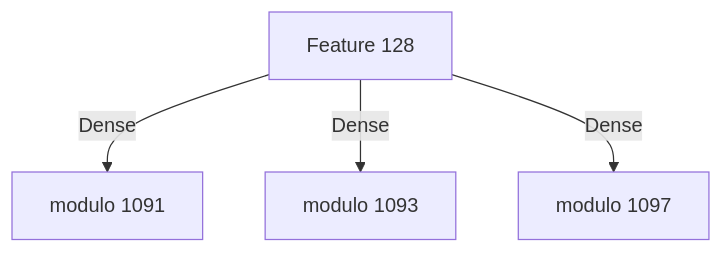
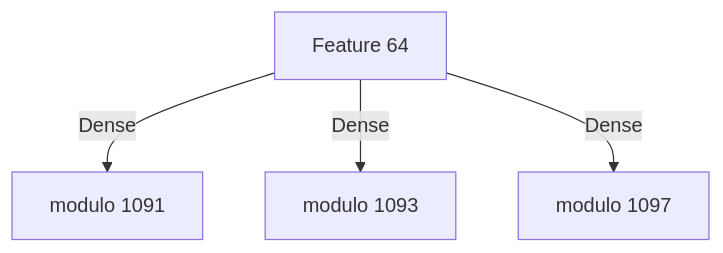
Before and after one commit to lithium0003/findtextCenterNet: the second of 2 diagrams in README.md, drawn with Mermaid.

````diff
--- a/README.md
+++ b/README.md
@@ -62,6 +62,6 @@
 ```mermaid
   flowchart TD;
-    Input[Feature 128]-- Dense --> Output1091[modulo 1091];
-    Input[Feature 128]-- Dense --> Output1093[modulo 1093];
-    Input[Feature 128]-- Dense --> Output1097[modulo 1097];
+    Input[Feature 64]-- Dense --> Output1091[modulo 1091];
+    Input[Feature 64]-- Dense --> Output1093[modulo 1093];
+    Input[Feature 64]-- Dense --> Output1097[modulo 1097];
 ```
````
